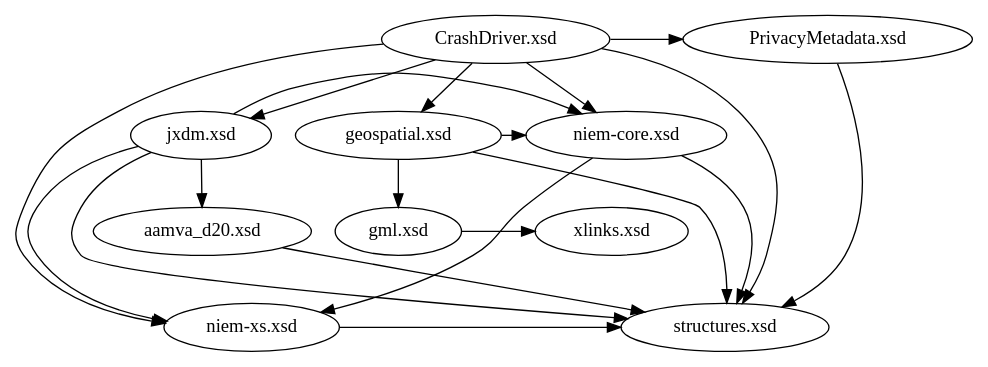
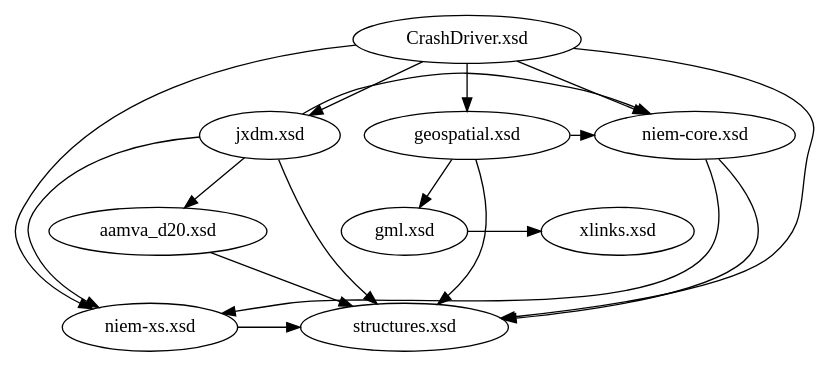
Before and after one commit to NIEM/NIEM-Training: the diagram in Graphics/schema_imports_ranked.dot, drawn with Graphviz. The commit also changed 200 other files, not shown here.

```diff
--- a/Graphics/schema_imports_ranked.dot
+++ b/Graphics/schema_imports_ranked.dot
@@ -1,92 +1,87 @@
 digraph schemas {
 
 	// layouts
     // layout="circo";
     layout="dot";
     
     // layout="fdp";
     // layout="neato";
     // layout="osage";
     // layout="patchwork";
     // layout="sfdp";
     // layout="twopi";
 
 	// extension
 
 	CrashDriver [label="CrashDriver.xsd"];
-		CrashDriver -> PrivacyMetadata;
 		CrashDriver -> niem_core;
 		CrashDriver -> jxdm;
 		CrashDriver -> geospatial;
 		CrashDriver -> niem_xs;
 		CrashDriver -> structures;
 //		CrashDriver -> conformanceTargets [style="dashed"];
-
-	PrivacyMetadata [label="PrivacyMetadata.xsd"];
-		PrivacyMetadata -> structures;
-//		PrivacyMetadata -> conformanceTargets [style="dashed"];
 
 	// external
 	gml [label="gml.xsd"];
 		gml -> xlinks;
 	xlinks [label="xlinks.xsd"];
 		// none
 
 
 	// utility
 
 //	appinfo [label="appinfo.xsd"];
 		// none
 //	code_lists_instance [label="code-lists-instance.xsd"];
 		// none
 //	code_lists_schema_appinfo [label="code-lists-schema-appinfo.xsd"];
 		// none
 //	conformanceTargets [label="conformanceTargets.xsd"];
 		// none
 	structures [label="structures.xsd"];
 		// none
 
 
 	// core
 
 	niem_core [label="niem-core.xsd"];
 		niem_core -> niem_xs;
 		niem_core -> structures;
 //		niem_core -> appinfo [style="dashed"];
 //		niem_core -> conformanceTargets [style="dashed"];
 
 	// domains
 	jxdm [label="jxdm.xsd"];
 		jxdm -> aamva_d20;
 		jxdm -> niem_core;
 		jxdm -> niem_xs;
 		jxdm -> structures;
 //		jxdm -> appinfo [style="dashed"];
 //		jxdm -> conformanceTargets [style="dashed"];
 
 	// codes
 
 	aamva_d20 [label="aamva_d20.xsd"];
 		aamva_d20 -> structures;
 //		aamva_d20 -> appinfo [style="dashed"];
 //		aamva_d20 -> conformanceTargets [style="dashed"];
 
 	// adapters
 
 	geospatial [label="geospatial.xsd"];
 		geospatial -> niem_core
 		geospatial -> structures
 		geospatial -> gml;
 
 	niem_xs [label="niem-xs.xsd"];
 		niem_xs -> structures;
 
 	// ========================
 
-{ rank="source" CrashDriver, PrivacyMetadata }
+{ rank="source" CrashDriver }
 { rank="same" niem_core, geospatial, jxdm }
 { rank="same" aamva_d20 }
 { rank="same" gml, xlinks }
 { rank="same" structures, niem_xs }
 
 }
```
